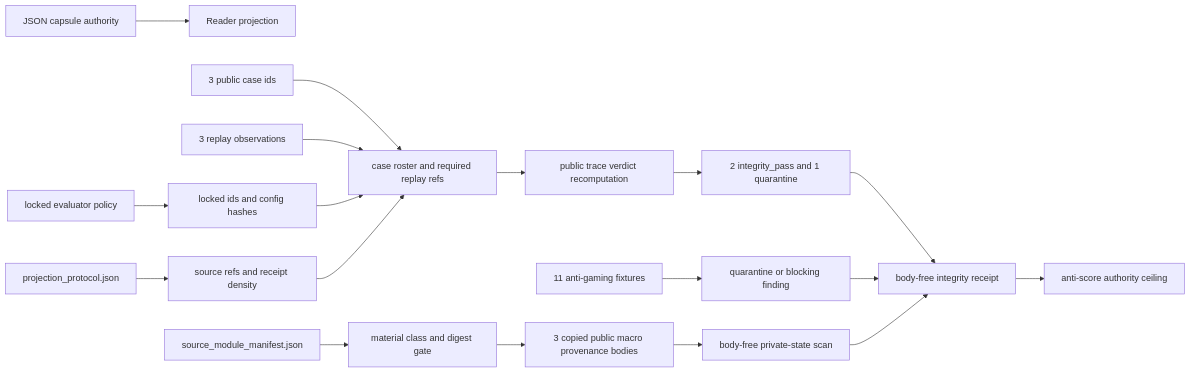
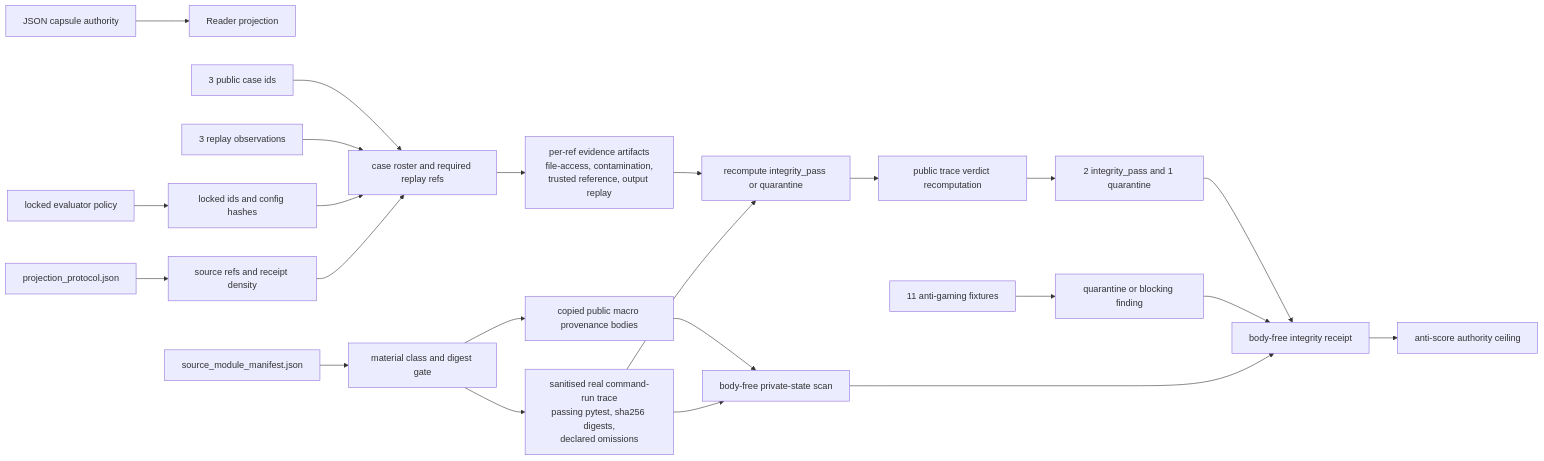
The diagram in paper_modules/agent_benchmark_integrity_anti_gaming_replay.md (wcook04/plectis), drawn with Mermaid before and after one commit. The commit also changed other lines of this file and 90 other files, not shown here.

First line of the commit message:
microcosm: enrich public paper-module prose and Shape diagrams (91 modules)

````diff
--- a/paper_modules/agent_benchmark_integrity_anti_gaming_replay.md
+++ b/paper_modules/agent_benchmark_integrity_anti_gaming_replay.md
@@ -153,20 +208,25 @@
 ```mermaid
 flowchart LR
   Capsule["JSON capsule authority"] --> Markdown["Reader projection"]
   Protocol["projection_protocol.json"] --> ProtocolGate["source refs and receipt density"]
   Manifest["source_module_manifest.json"] --> DigestGate["material class and digest gate"]
-  DigestGate --> Bodies["3 copied public macro provenance bodies"]
+  DigestGate --> Bodies["copied public macro provenance bodies"]
+  DigestGate --> RealTrace["sanitised real command-run trace\npassing pytest, sha256 digests,\ndeclared omissions"]
   Cases["3 public case ids"] --> ReplayGate["case roster and required replay refs"]
   Policy["locked evaluator policy"] --> EvaluatorGate["locked ids and config hashes"]
   Replays["3 replay observations"] --> ReplayGate
   EvaluatorGate --> ReplayGate
   ProtocolGate --> ReplayGate
-  ReplayGate --> Trace["public trace verdict recomputation"]
+  ReplayGate --> EvidenceGate["per-ref evidence artifacts\nfile-access, contamination,\ntrusted reference, output replay"]
+  EvidenceGate --> Recompute["recompute integrity_pass or quarantine"]
+  RealTrace --> Recompute
+  Recompute --> Trace["public trace verdict recomputation"]
   Trace --> Verdicts["2 integrity_pass and 1 quarantine"]
   Negatives["11 anti-gaming fixtures"] --> Quarantine["quarantine or blocking finding"]
   Bodies --> PrivateScan["body-free private-state scan"]
+  RealTrace --> PrivateScan
   Verdicts --> Receipt["body-free integrity receipt"]
   Quarantine --> Receipt
   PrivateScan --> Receipt
   Receipt --> Ceiling["anti-score authority ceiling"]
 ```
````
